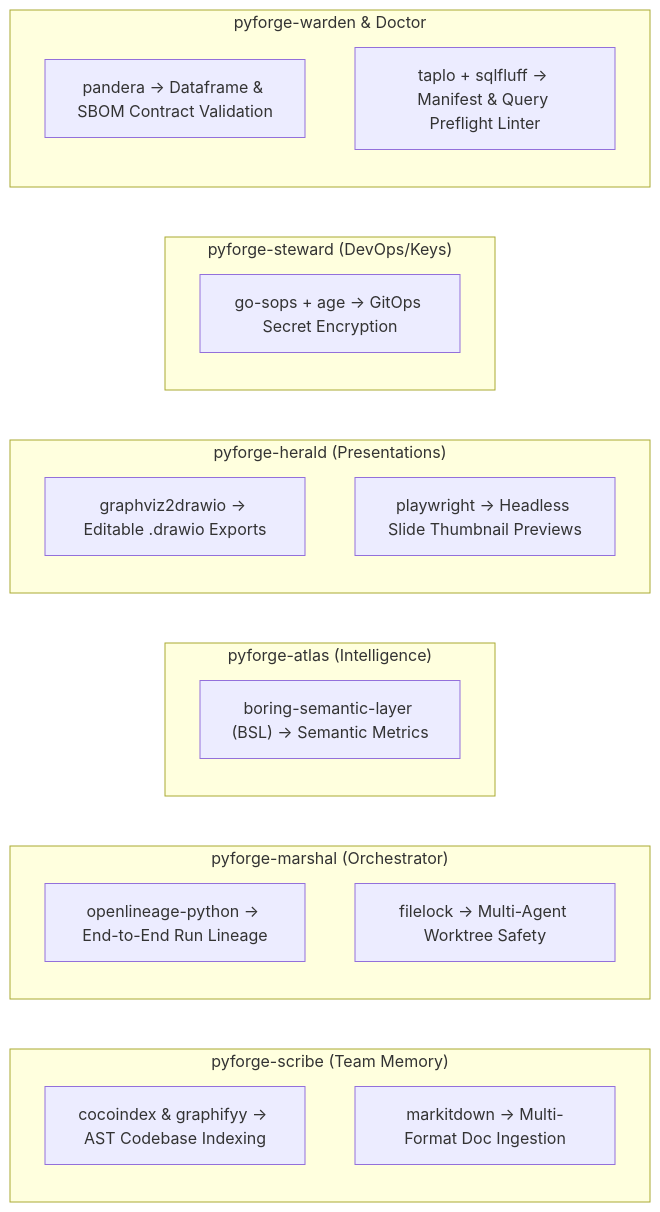
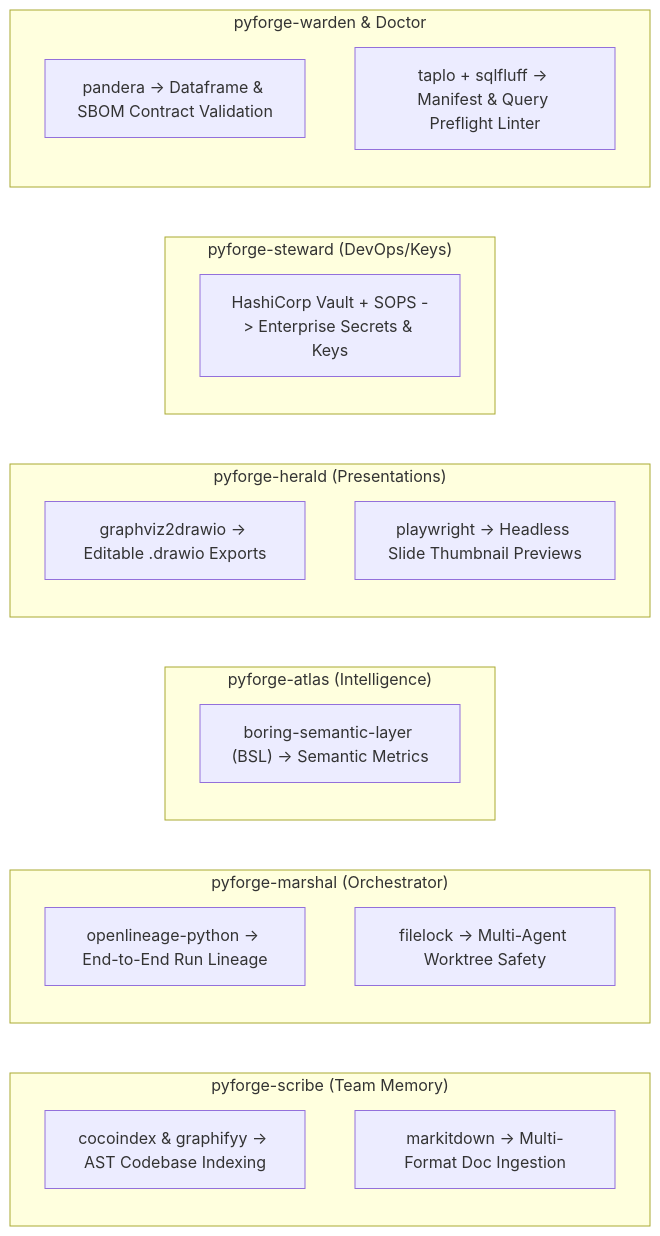
Before and after one commit to rxm7706/local-recipes: the ninth of 10 diagrams in docs/dreams/pyforge-unifying-strategy.md, drawn with Mermaid. The commit also changed other lines of this file, not shown here.

Commit message:
docs(dream): integrate HashiCorp Vault enterprise secrets management

````diff
--- a/docs/dreams/pyforge-unifying-strategy.md
+++ b/docs/dreams/pyforge-unifying-strategy.md
@@ -720,30 +725,30 @@
 ```mermaid
 graph LR
     subgraph Scribe["pyforge-scribe (Team Memory)"]
         L1["cocoindex & graphifyy -> AST Codebase Indexing"]
         L2["markitdown -> Multi-Format Doc Ingestion"]
     end
 
     subgraph Marshal["pyforge-marshal (Orchestrator)"]
         L3["openlineage-python -> End-to-End Run Lineage"]
         L4["filelock -> Multi-Agent Worktree Safety"]
     end
 
     subgraph Atlas["pyforge-atlas (Intelligence)"]
         L5["boring-semantic-layer (BSL) -> Semantic Metrics"]
     end
 
     subgraph Herald["pyforge-herald (Presentations)"]
         L6["graphviz2drawio -> Editable .drawio Exports"]
         L7["playwright -> Headless Slide Thumbnail Previews"]
     end
 
     subgraph Steward["pyforge-steward (DevOps/Keys)"]
-        L8["go-sops + age -> GitOps Secret Encryption"]
+        L8["HashiCorp Vault + SOPS -> Enterprise Secrets & Keys"]
     end
 
     subgraph Warden["pyforge-warden & Doctor"]
         L9["pandera -> Dataframe & SBOM Contract Validation"]
         L10["taplo + sqlfluff -> Manifest & Query Preflight Linter"]
     end
 ```
````
